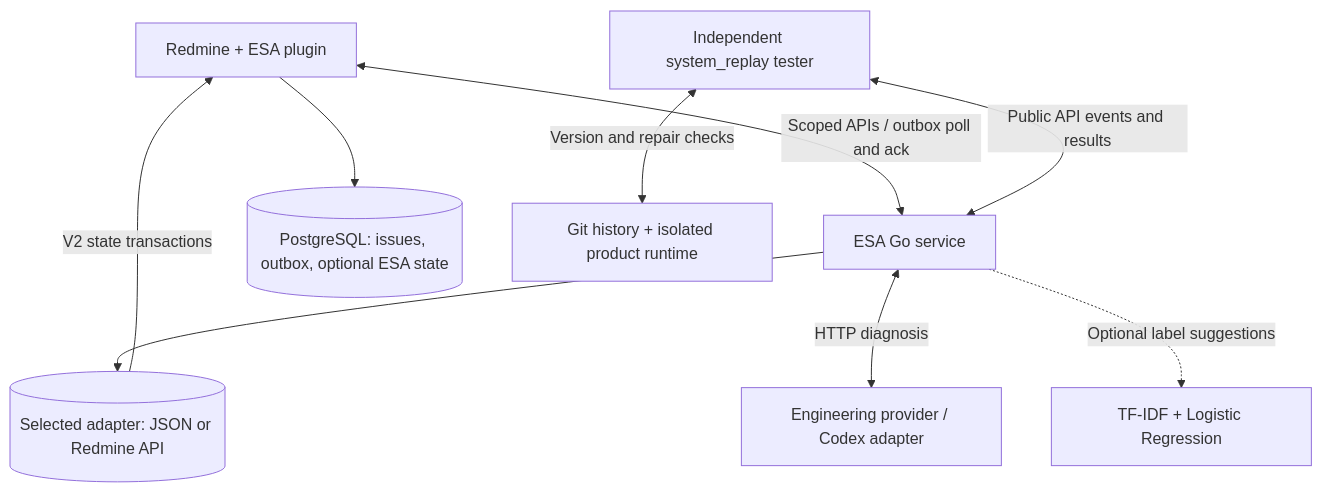
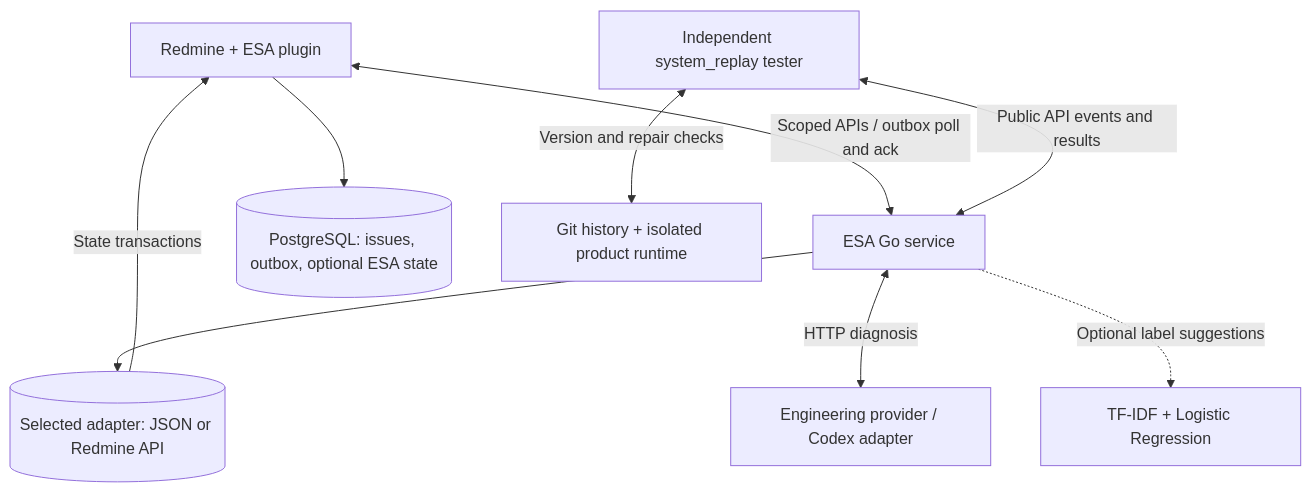
Before and after one commit to SDUzbh/esa: the diagram in README.md, drawn with Mermaid. The commit also changed other lines of this file and 81 other files, not shown here.

````diff
--- a/README.md
+++ b/README.md
@@ -26,11 +26,11 @@
 ```mermaid
 flowchart TD
     P["Redmine + ESA plugin"] <-->|Scoped APIs / outbox poll and ack| E["ESA Go service"]
     P --> D[("PostgreSQL: issues, outbox, optional ESA state")]
     E --> S[("Selected adapter: JSON or Redmine API")]
-    S -->|V2 state transactions| P
+    S -->|State transactions| P
     E <-->|HTTP diagnosis| A["Engineering provider / Codex adapter"]
     E -.->|Optional label suggestions| C["TF-IDF + Logistic Regression"]
     T["Independent system_replay tester"] <-->|Public API events and results| E
     T <-->|Version and repair checks| H["Git history + isolated product runtime"]
 ```
````
